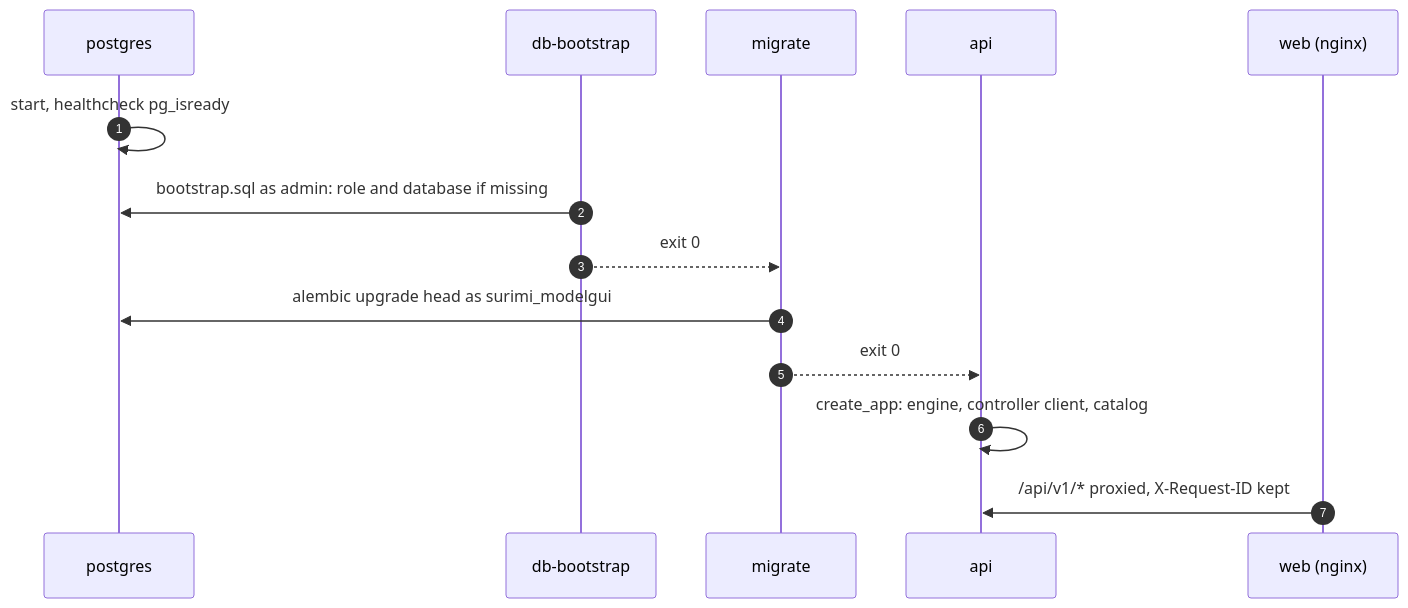
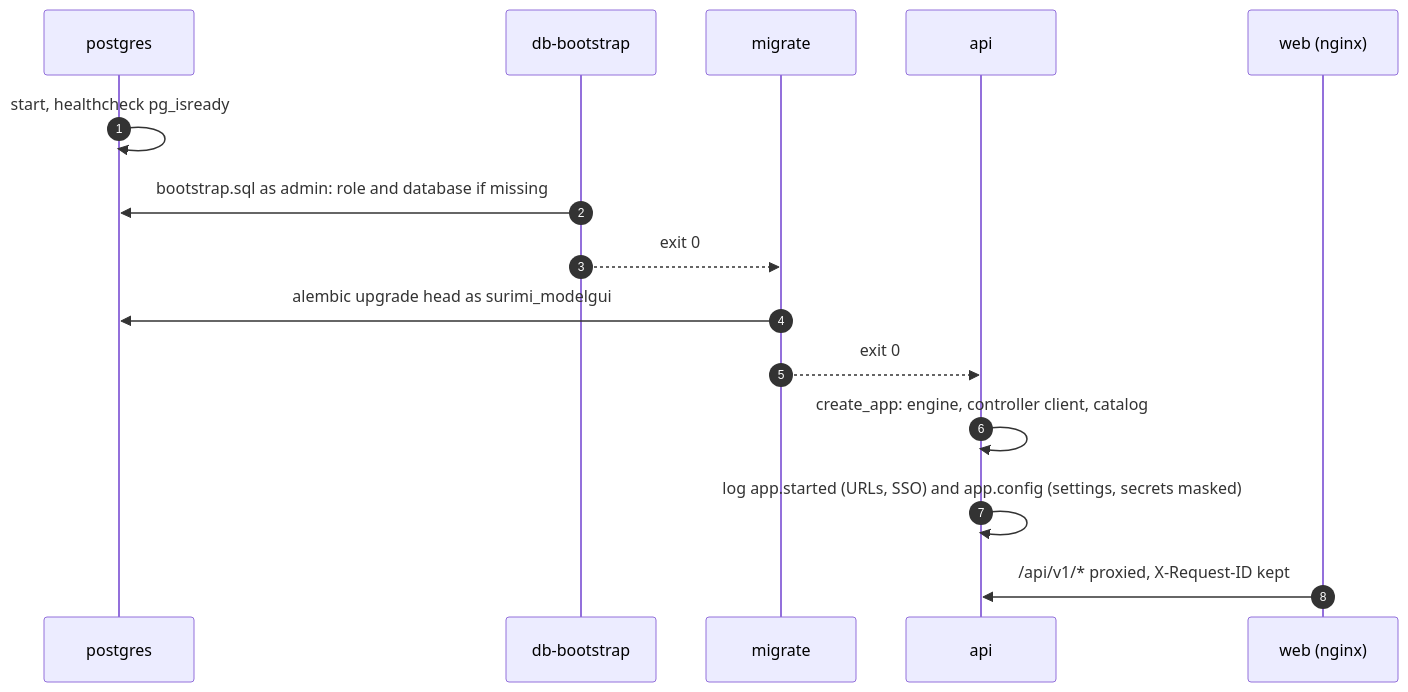
One commit to SURIMI-Project/SURIMI-modelgui changed the diagram in docs/features/backend-skeleton/README.md. Above: the diagram before and after it, drawn with Mermaid. The commit also changed other lines of this file and 215 other files, not shown here.

````diff
--- a/docs/features/backend-skeleton/README.md
+++ b/docs/features/backend-skeleton/README.md
@@ -83,16 +85,17 @@
 ```mermaid
 sequenceDiagram
     autonumber
     participant P as postgres
     participant B as db-bootstrap
     participant M as migrate
     participant A as api
     participant N as web (nginx)
     P->>P: start, healthcheck pg_isready
     B->>P: bootstrap.sql as admin: role and database if missing
     B-->>M: exit 0
     M->>P: alembic upgrade head as surimi_modelgui
     M-->>A: exit 0
     A->>A: create_app: engine, controller client, catalog
+    A->>A: log app.started (URLs, SSO) and app.config (settings, secrets masked)
     N->>A: /api/v1/* proxied, X-Request-ID kept
 ```
````
